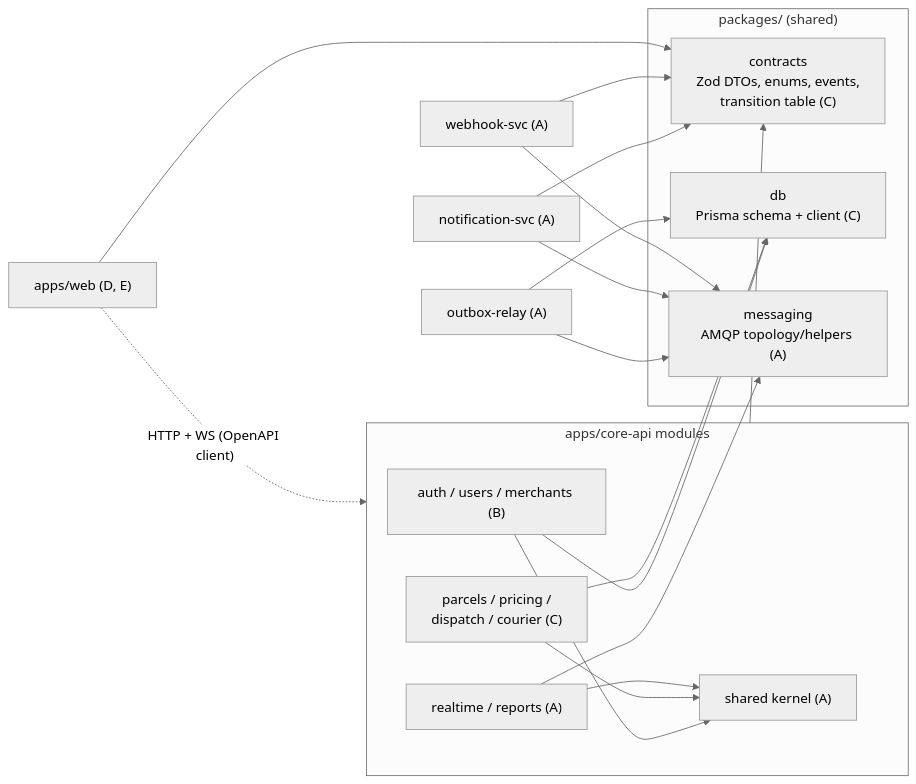
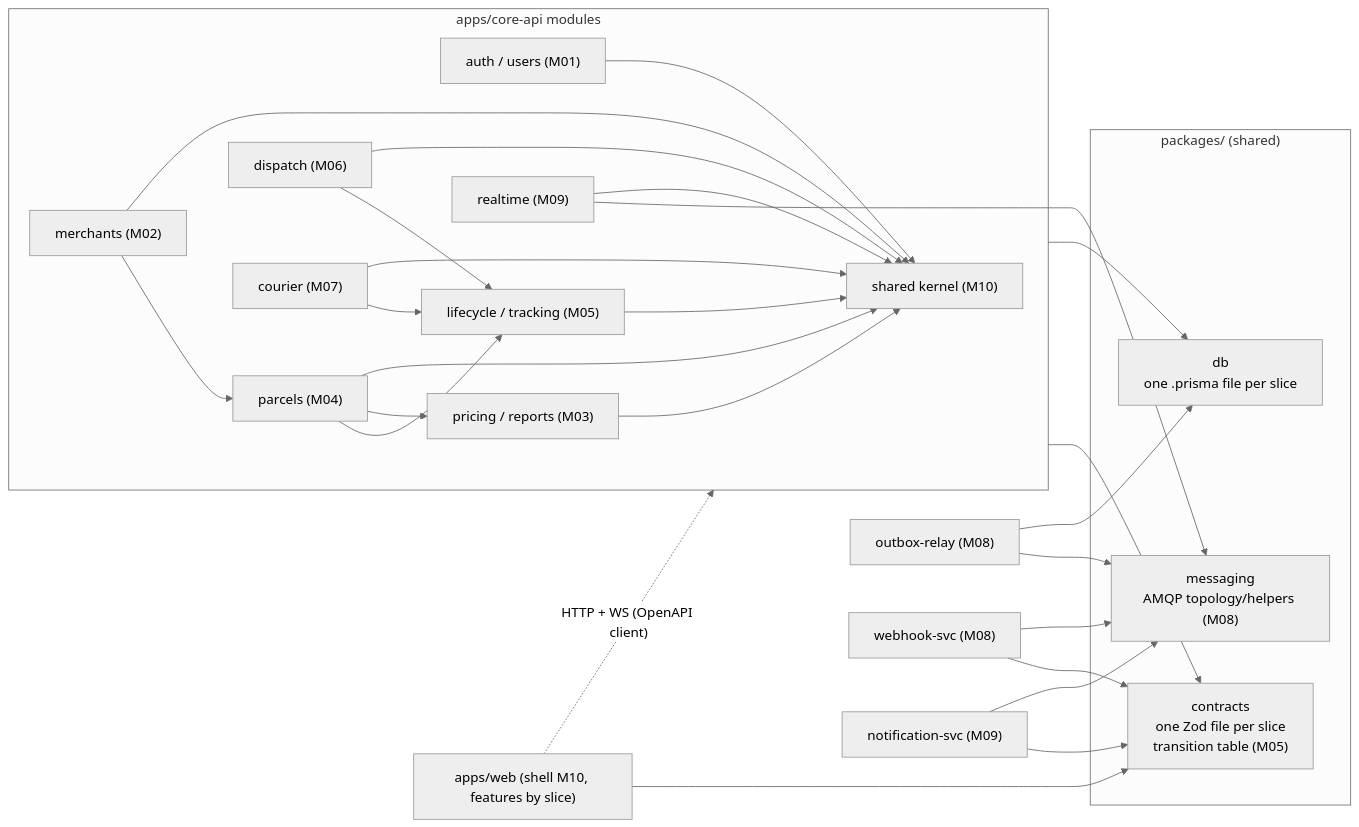
The diagram in plan.md (doktur-umair/swiftdrop), drawn with Mermaid (neutral theme) before and after one commit. The commit also changed other lines of this file and 88 other files, not shown here.

Commit message:
feat: scaffold workspace, implement auth & core foundation, and reconcile docs

````diff
--- a/plan.md
+++ b/plan.md
@@ -163,34 +267,48 @@
 ```mermaid
 flowchart LR
     subgraph Shared["packages/ (shared)"]
-        Contracts["contracts<br/>Zod DTOs, enums, events,<br/>transition table (C)"]
-        DB["db<br/>Prisma schema + client (C)"]
-        Messaging["messaging<br/>AMQP topology/helpers (A)"]
+        Contracts["contracts<br/>one Zod file per slice<br/>transition table (M05)"]
+        DB["db<br/>one .prisma file per slice"]
+        Messaging["messaging<br/>AMQP topology/helpers (M08)"]
     end
     subgraph Core["apps/core-api modules"]
-        Auth["auth / users / merchants (B)"]
-        Parcels["parcels / pricing /<br/>dispatch / courier (C)"]
-        Realtime["realtime / reports (A)"]
-        Kernel["shared kernel (A)"]
+        Kernel["shared kernel (M10)"]
+        Identity["auth / users (M01)"]
+        Merch["merchants (M02)"]
+        Pricing["pricing / reports (M03)"]
+        Parcels["parcels (M04)"]
+        Life["lifecycle / tracking (M05)"]
+        Disp["dispatch (M06)"]
+        Cour["courier (M07)"]
+        RT["realtime (M09)"]
     end
-    Relay["outbox-relay (A)"]
-    Notif["notification-svc (A)"]
-    Hook["webhook-svc (A)"]
-    Web["apps/web (D, E)"]
+    Relay["outbox-relay (M08)"]
+    Hook["webhook-svc (M08)"]
+    Notif["notification-svc (M09)"]
+    Web["apps/web (shell M10, features by slice)"]
 
-    Auth --> Kernel
+    Identity --> Kernel
+    Merch --> Kernel
+    Pricing --> Kernel
     Parcels --> Kernel
-    Realtime --> Kernel
-    Auth --> DB
-    Parcels --> DB
+    Life --> Kernel
+    Disp --> Kernel
+    Cour --> Kernel
+    RT --> Kernel
+    Merch --> Parcels
+    Parcels --> Pricing
+    Parcels --> Life
+    Disp --> Life
+    Cour --> Life
+    Core --> DB
+    Core --> Contracts
     Relay --> DB
     Relay --> Messaging
+    Hook --> Messaging
     Notif --> Messaging
-    Hook --> Messaging
-    Realtime --> Messaging
-    Core --> Contracts
+    RT --> Messaging
     Notif --> Contracts
     Hook --> Contracts
     Web --> Contracts
     Web -. "HTTP + WS (OpenAPI client)" .-> Core
 ```
````
